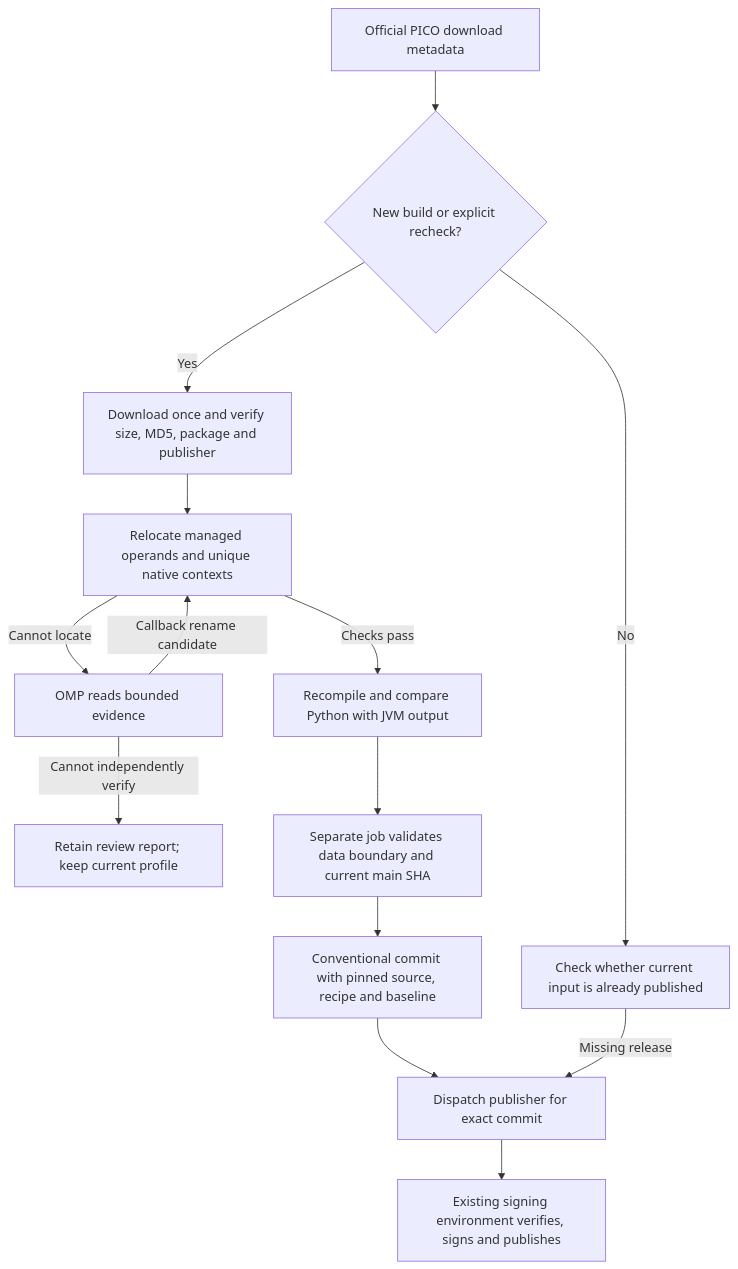
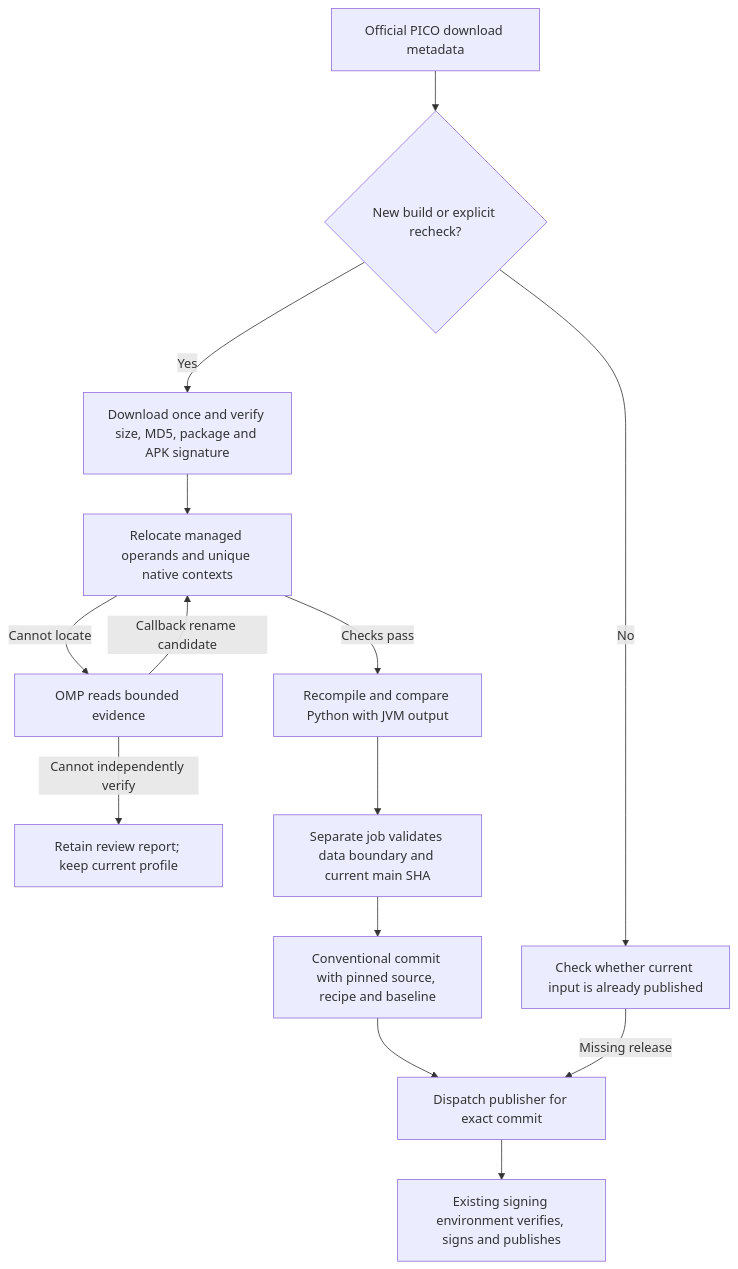
Before and after one commit to nkanf-dev/pico-matrix-bridge: the diagram in docs/maintenance/vd-continuous-adaptation.md, drawn with Mermaid. The commit also changed other lines of this file and 11 other files, not shown here.

````diff
--- a/docs/maintenance/vd-continuous-adaptation.md
+++ b/docs/maintenance/vd-continuous-adaptation.md
@@ -7,16 +7,16 @@
 ```mermaid
 flowchart TD
   A[Official PICO download metadata] --> B{New build or explicit recheck?}
   B -- No --> C[Check whether current input is already published]
-  B -- Yes --> D[Download once and verify size, MD5, package and publisher]
+  B -- Yes --> D[Download once and verify size, MD5, package and APK signature]
   D --> E[Relocate managed operands and unique native contexts]
   E -- Checks pass --> F[Recompile and compare Python with JVM output]
   E -- Cannot locate --> G[OMP reads bounded evidence]
   G -- Callback rename candidate --> E
   G -- Cannot independently verify --> H[Retain review report; keep current profile]
   F --> I[Separate job validates data boundary and current main SHA]
   I --> J[Conventional commit with pinned source, recipe and baseline]
   J --> K[Dispatch publisher for exact commit]
   C -- Missing release --> K
   K --> L[Existing signing environment verifies, signs and publishes]
 ```
````
